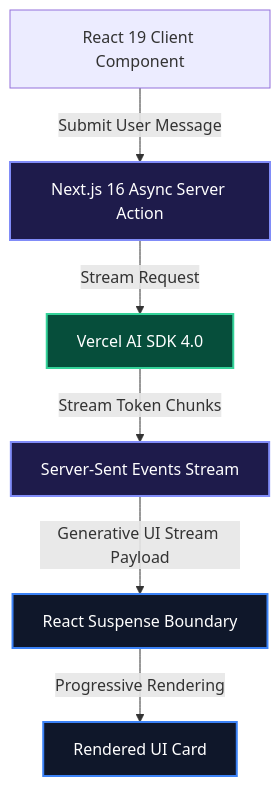
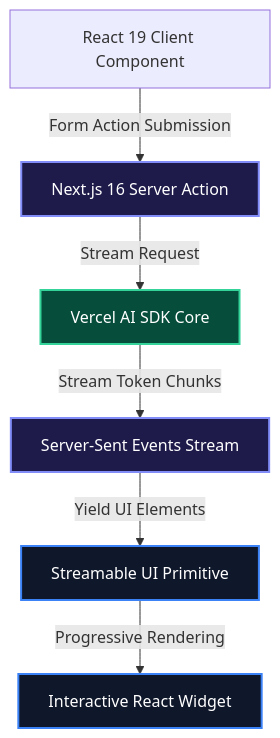
One commit to Ovanthra-Inc/sidhya-blog changed the diagram in content/posts/fullstack-web-and-ai/nextjs-16-react-19-streaming.mdx. Above: the diagram before and after it, drawn with Mermaid. The commit also changed other lines of this file and 42 other files, not shown here.

````diff
--- a/content/posts/fullstack-web-and-ai/nextjs-16-react-19-streaming.mdx
+++ b/content/posts/fullstack-web-and-ai/nextjs-16-react-19-streaming.mdx
@@ -31,14 +33,14 @@
 ```mermaid
 graph TD
     classDef clientStyle fill:#0f172a,stroke:#3b82f6,stroke-width:2px,color:#fff;
     classDef serverStyle fill:#1e1b4b,stroke:#818cf8,stroke-width:2px,color:#fff;
     classDef llmStyle fill:#064e3b,stroke:#34d399,stroke-width:2px,color:#fff;
 
-    ClientUI[React 19 Client Component] -->|Submit User Message| ServerAction[Next.js 16 Async Server Action]:::serverStyle
-    ServerAction -->|Stream Request| ModelGateway[Vercel AI SDK 4.0]:::llmStyle
+    Client[React 19 Client Component] -->|Form Action Submission| Action[Next.js 16 Server Action]:::serverStyle
+    Action -->|Stream Request| Gateway[Vercel AI SDK Core]:::llmStyle
     
-    ModelGateway -->|Stream Token Chunks| SSE[Server-Sent Events Stream]:::serverStyle
-    SSE -->|Generative UI Stream Payload| StreamComponent[React Suspense Boundary]:::clientStyle
+    Gateway -->|Stream Token Chunks| SSE[Server-Sent Events Stream]:::serverStyle
+    SSE -->|Yield UI Elements| StreamableUI[Streamable UI Primitive]:::clientStyle
     
-    StreamComponent -->|Progressive Rendering| View[Rendered UI Card]:::clientStyle
+    StreamableUI -->|Progressive Rendering| View[Interactive React Widget]:::clientStyle
 ```
````
